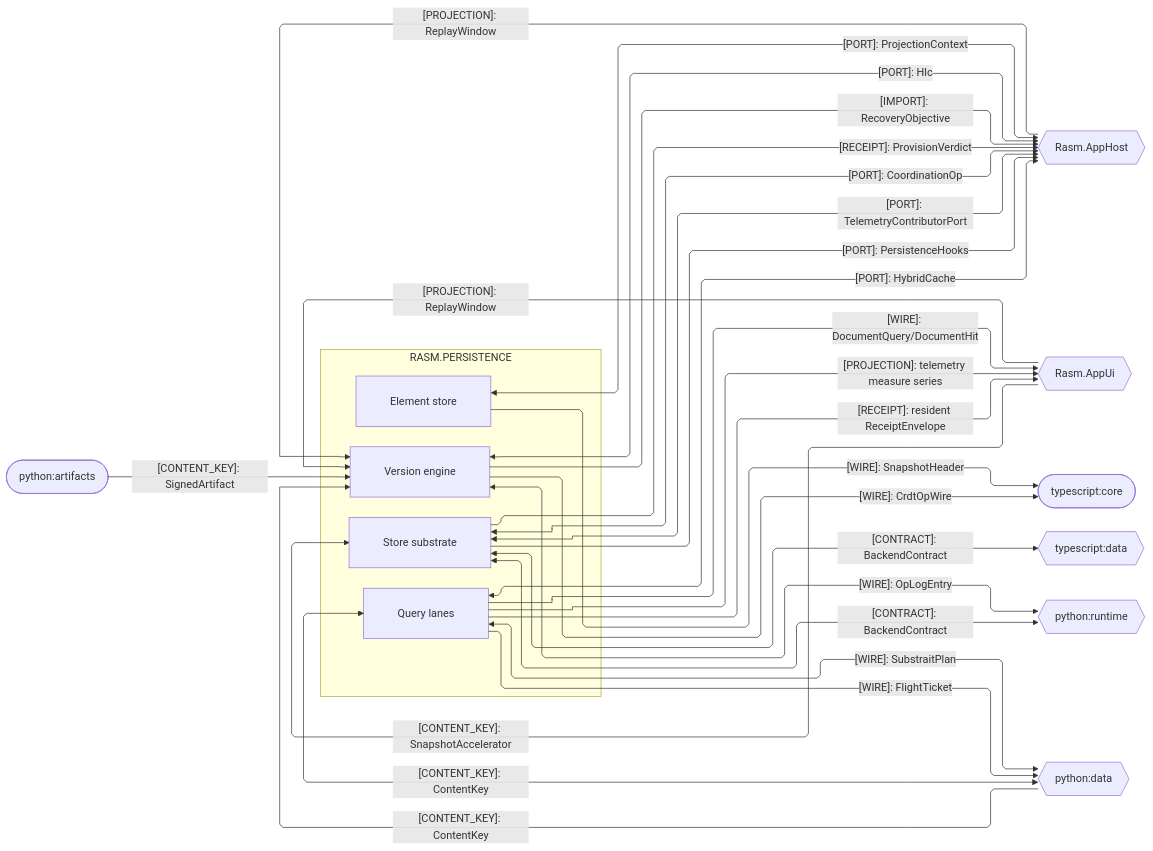
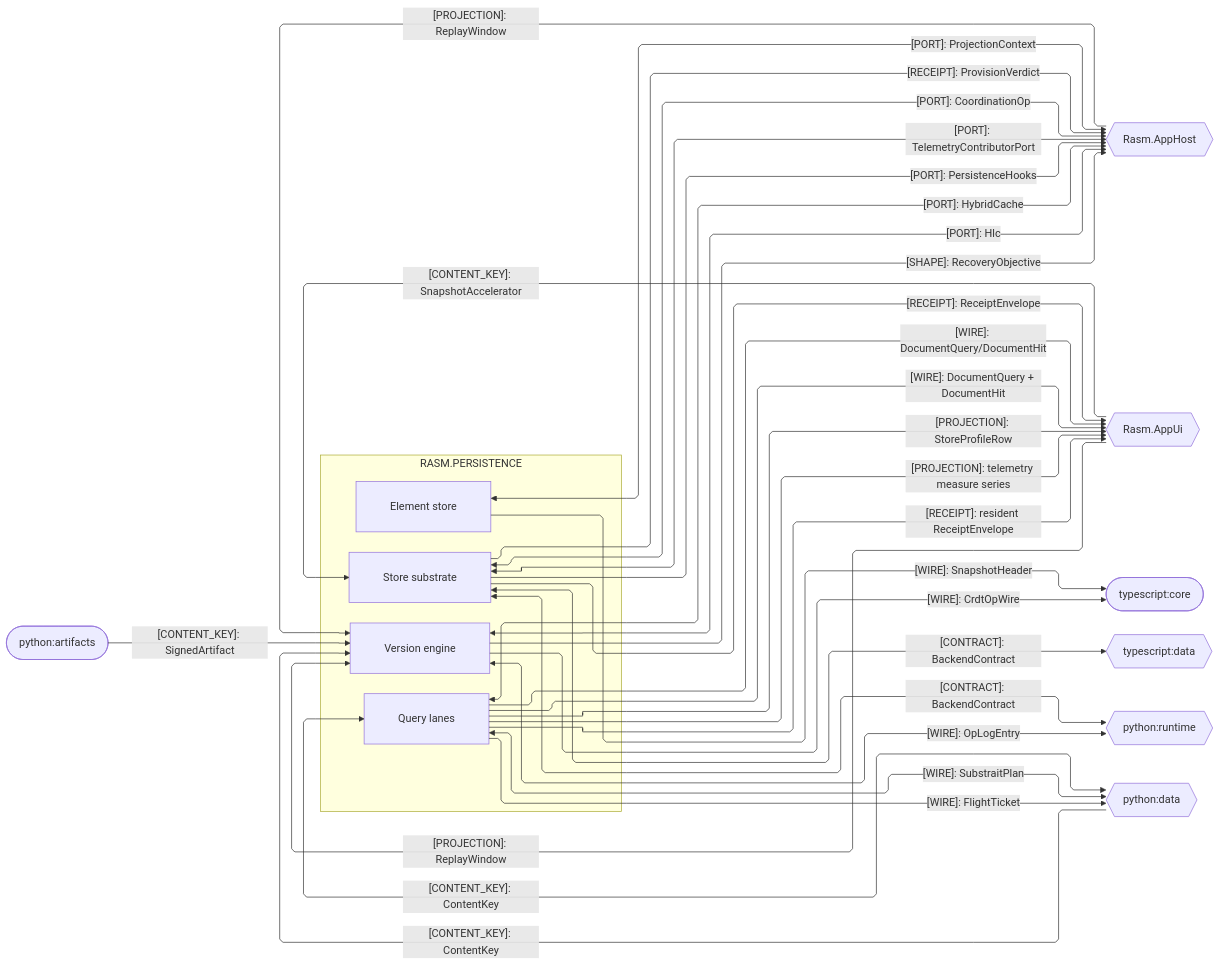
The third of 4 diagrams in libs/csharp/Rasm.Persistence/ARCHITECTURE.md (bsamiee/Rasm), drawn with Mermaid before and after one commit. The commit also changed other lines of this file and 115 other files, not shown here.

````diff
--- a/libs/csharp/Rasm.Persistence/ARCHITECTURE.md
+++ b/libs/csharp/Rasm.Persistence/ARCHITECTURE.md
@@ -152,49 +162,52 @@
 ```mermaid
 ---
 config:
   layout: elk
   flowchart:
     curve: linear
     padding: 25
 ---
 flowchart LR
     accTitle: Persistence platform and cross-runtime seams
-    accDescr: Persistence sub-domain owners exchanging ports, wires, projections, receipts, content keys, contracts, and one imported type with the app host, the app UI, and the Python and TypeScript runtimes, one edge per kind.
+    accDescr: Which ports, wires, projections, and keys cross between Persistence's owners, the app platform, and the runtime peers.
     subgraph persistence[RASM.PERSISTENCE]
         Element[Element store]
         Version[Version engine]
         Query[Query lanes]
         Store[Store substrate]
     end
     AppHost{{Rasm.AppHost}}
     AppUi{{Rasm.AppUi}}
     Core([typescript:core])
     TsData{{typescript:data}}
     Runtime{{python:runtime}}
     Data{{python:data}}
     Artifacts([python:artifacts])
     Element e1@-->|"[WIRE]: SnapshotHeader"| Core
     Version e2@-->|"[WIRE]: CrdtOpWire"| Core
     Version e3@<-->|"[WIRE]: OpLogEntry"| Runtime
     Artifacts e4@-->|"[CONTENT_KEY]: SignedArtifact"| Version
     Data e5@-->|"[CONTENT_KEY]: ContentKey"| Version
     Query e6@<-->|"[WIRE]: SubstraitPlan"| Data
-    Query e16@-->|"[WIRE]: FlightTicket"| Data
-    Data e17@<-->|"[CONTENT_KEY]: ContentKey"| Query
-    Element e7@<-->|"[PORT]: ProjectionContext"| AppHost
-    Version e8@<-->|"[PORT]: Hlc"| AppHost
-    Version e27@-->|"[IMPORT]: RecoveryObjective"| AppHost
-    AppHost e9@-->|"[PROJECTION]: ReplayWindow"| Version
-    Query e11@<-->|"[PORT]: HybridCache"| AppHost
-    Store e12@<-->|"[PORT]: CoordinationOp"| AppHost
+    Query e7@-->|"[WIRE]: FlightTicket"| Data
+    Data e8@<-->|"[CONTENT_KEY]: ContentKey"| Query
+    Element e9@<-->|"[PORT]: ProjectionContext"| AppHost
+    Version e10@<-->|"[PORT]: Hlc"| AppHost
+    Query e11@-->|"[WIRE]: DocumentQuery + DocumentHit"| AppUi
+    Query e12@-->|"[PROJECTION]: StoreProfileRow"| AppUi
+    Store e13@-->|"[RECEIPT]: ReceiptEnvelope"| AppUi
+    Version e14@-->|"[SHAPE]: RecoveryObjective"| AppHost
+    AppHost e15@-->|"[PROJECTION]: ReplayWindow"| Version
+    Query e16@<-->|"[PORT]: HybridCache"| AppHost
+    Store e17@<-->|"[PORT]: CoordinationOp"| AppHost
     Store e18@<-->|"[PORT]: TelemetryContributorPort"| AppHost
     Store e19@-->|"[PORT]: PersistenceHooks"| AppHost
-    Store e13@-->|"[RECEIPT]: ProvisionVerdict"| AppHost
-    Store e22@<-->|"[CONTRACT]: BackendContract"| Runtime
-    Store e23@<-->|"[CONTRACT]: BackendContract"| TsData
-    AppUi e14@-->|"[PROJECTION]: ReplayWindow"| Version
-    AppUi e15@-->|"[CONTENT_KEY]: SnapshotAccelerator"| Store
-    Query e24@-->|"[PROJECTION]: telemetry measure series"| AppUi
-    Query e25@-->|"[RECEIPT]: resident ReceiptEnvelope"| AppUi
-    Query e26@-->|"[WIRE]: DocumentQuery/DocumentHit"| AppUi
+    Store e20@-->|"[RECEIPT]: ProvisionVerdict"| AppHost
+    Store e21@<-->|"[CONTRACT]: BackendContract"| Runtime
+    Store e22@<-->|"[CONTRACT]: BackendContract"| TsData
+    AppUi e23@-->|"[PROJECTION]: ReplayWindow"| Version
+    AppUi e24@-->|"[CONTENT_KEY]: SnapshotAccelerator"| Store
+    Query e25@-->|"[PROJECTION]: telemetry measure series"| AppUi
+    Query e26@-->|"[RECEIPT]: resident ReceiptEnvelope"| AppUi
+    Query e27@-->|"[WIRE]: DocumentQuery/DocumentHit"| AppUi
 ```
````
